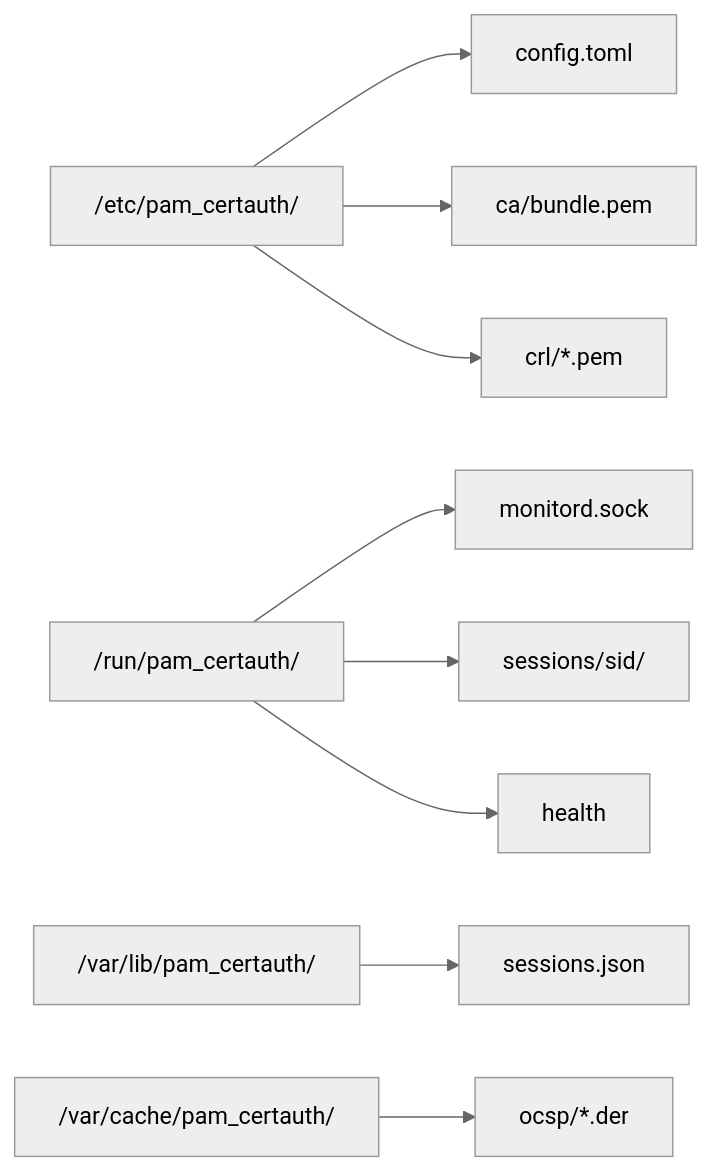
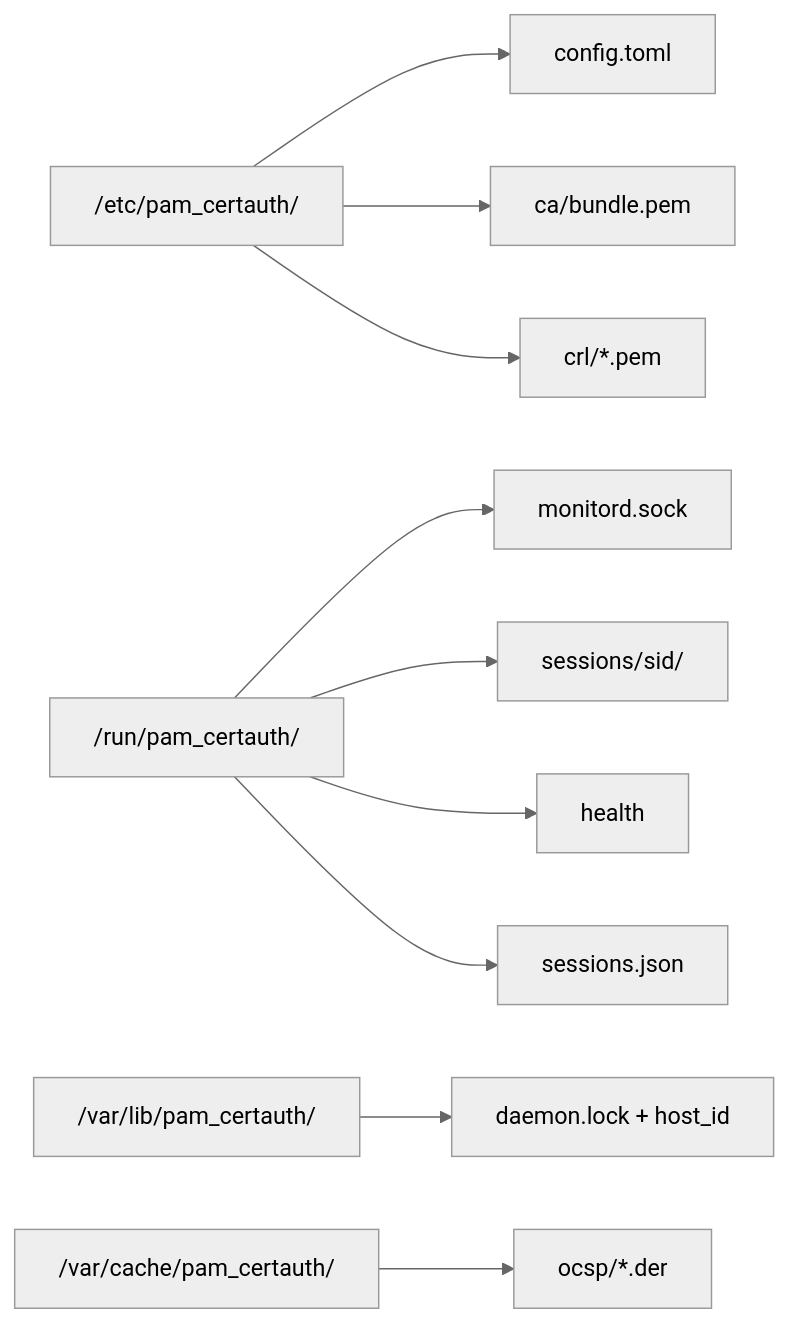
One commit to RoboNET/pam-certauth changed the second of 6 diagrams in docs/architecture.md. Above: the diagram before and after it, drawn with Mermaid (neutral theme). The commit also changed other lines of this file and 178 other files, not shown here.

````diff
--- a/docs/architecture.md
+++ b/docs/architecture.md
@@ -270,11 +219,12 @@
 ```mermaid
 flowchart LR
     etc["/etc/pam_certauth/"] --> cfg[config.toml]
     etc --> ca["ca/bundle.pem"]
     etc --> crl["crl/*.pem"]
     run["/run/pam_certauth/"] --> sock[monitord.sock]
     run --> sessions["sessions/sid/"]
     run --> health[health]
-    var["/var/lib/pam_certauth/"] --> state[sessions.json]
+    run --> state[sessions.json]
+    var["/var/lib/pam_certauth/"] --> lock["daemon.lock + host_id"]
     cache["/var/cache/pam_certauth/"] --> ocsp["ocsp/*.der"]
 ```
````
